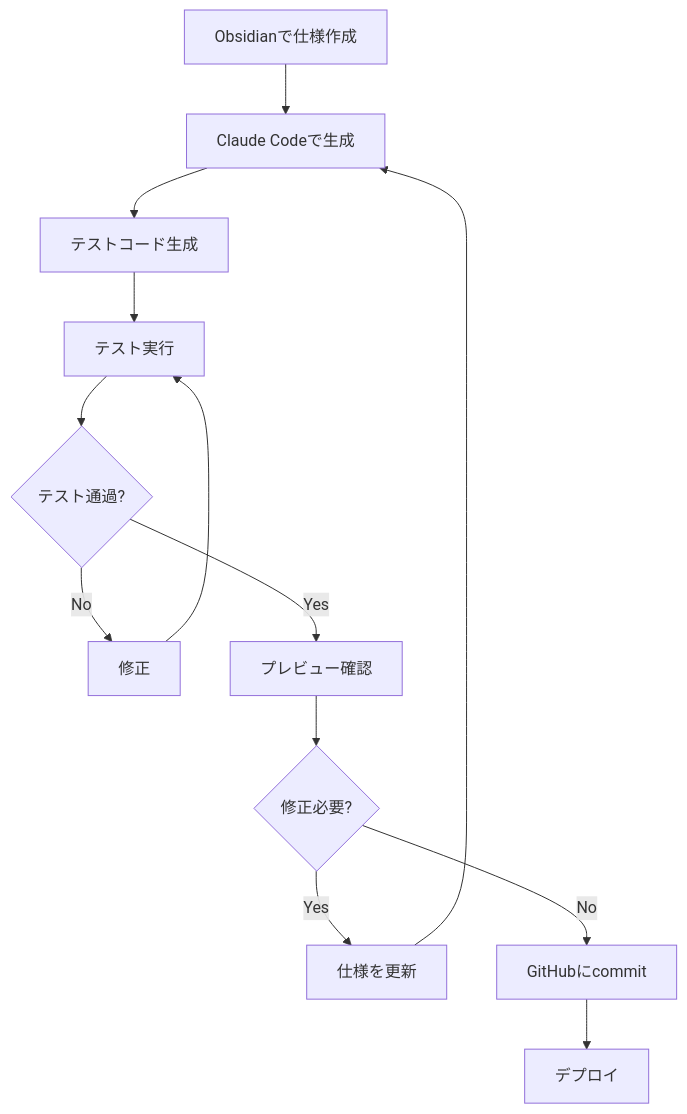
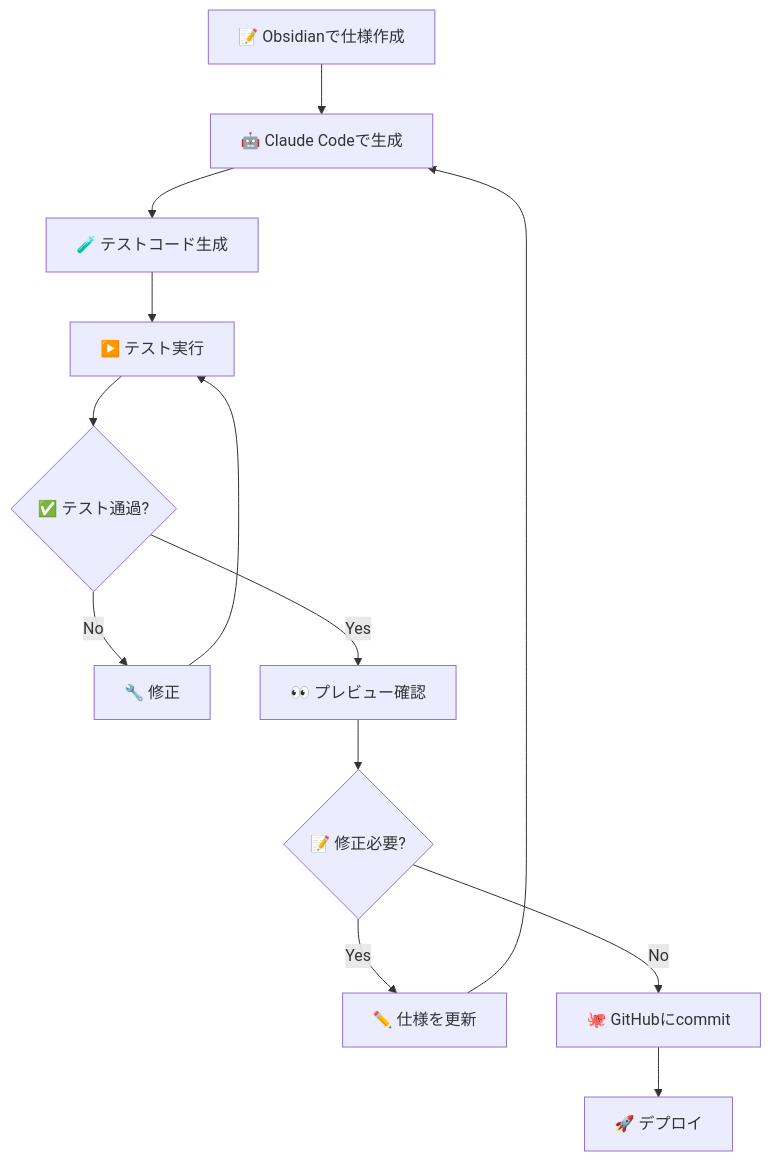
Before and after one commit to ayies128/obsidian_presentation: the diagram in documents/09_demo_nextjs_lp.md, drawn with Mermaid. The commit also changed other lines of this file and 14 other files, not shown here.

````diff
--- a/documents/09_demo_nextjs_lp.md
+++ b/documents/09_demo_nextjs_lp.md
@@ -179,15 +179,15 @@
 ```mermaid
 graph TD
-    A[Obsidianで仕様作成] --> B[Claude Codeで生成]
-    B --> C[テストコード生成]
-    C --> D[テスト実行]
-    D --> E{テスト通過?}
-    E -->|No| F[修正]
+    A[📝 Obsidianで仕様作成] --> B[🤖 Claude Codeで生成]
+    B --> C[🧪 テストコード生成]
+    C --> D[▶️ テスト実行]
+    D --> E{✅ テスト通過?}
+    E -->|No| F[🔧 修正]
     F --> D
-    E -->|Yes| G[プレビュー確認]
-    G --> H{修正必要?}
-    H -->|Yes| I[仕様を更新]
+    E -->|Yes| G[👀 プレビュー確認]
+    G --> H{📝 修正必要?}
+    H -->|Yes| I[✏️ 仕様を更新]
     I --> B
-    H -->|No| J[GitHubにcommit]
-    J --> K[デプロイ]
+    H -->|No| J[🐙 GitHubにcommit]
+    J --> K[🚀 デプロイ]
 ```
````
